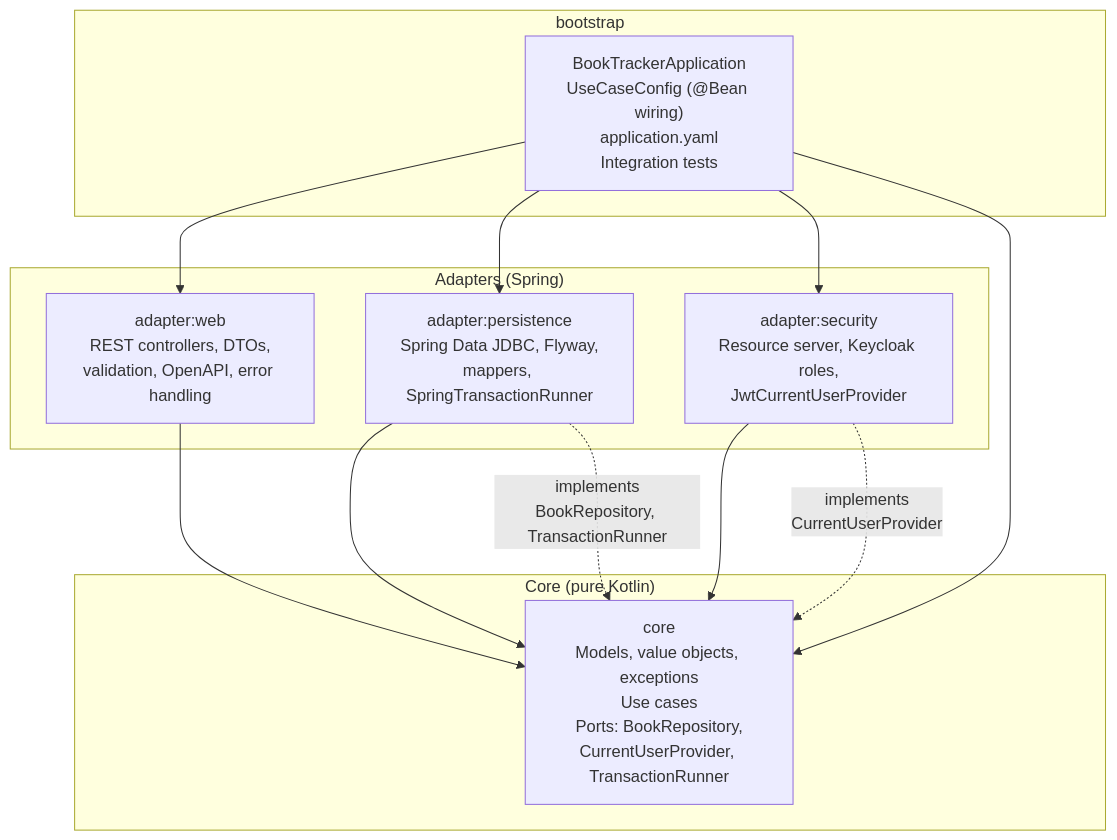
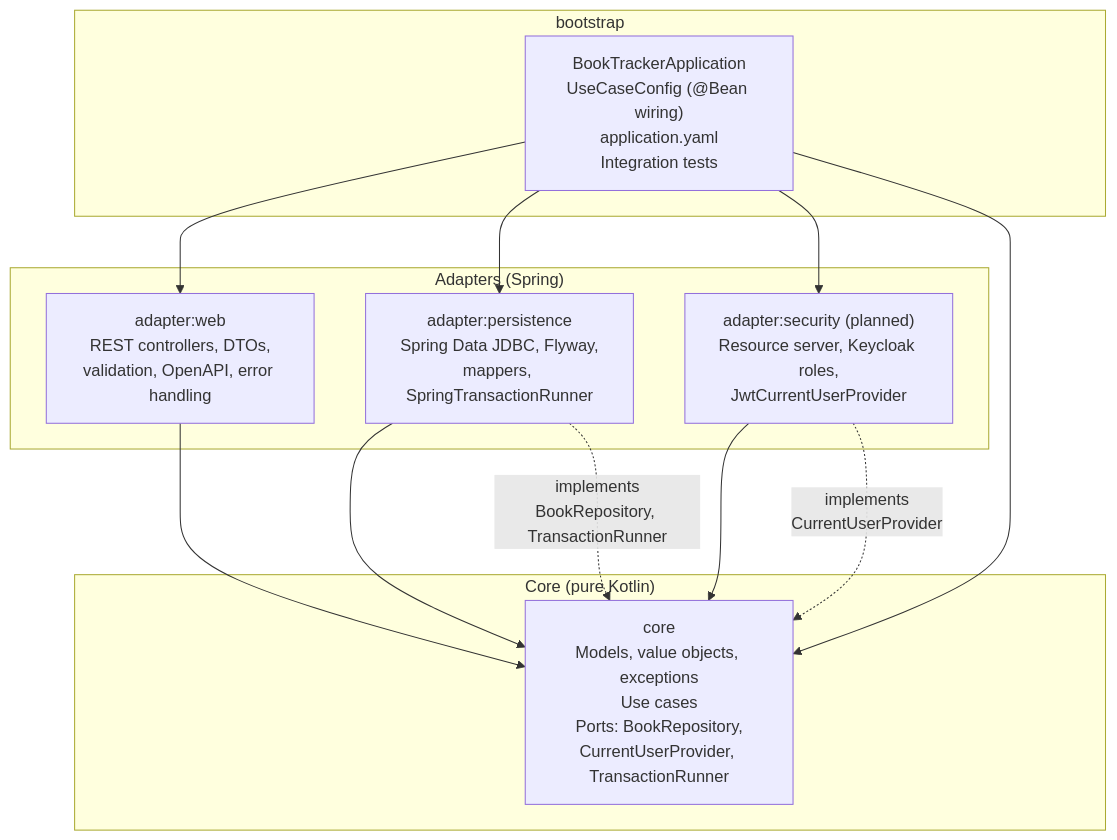
One commit to AnSrwn/BookTracker changed the second of 3 diagrams in backend/docs/architecture.md. Above: the diagram before and after it, drawn with Mermaid. The commit also changed other lines of this file, not shown here.

````diff
--- a/backend/docs/architecture.md
+++ b/backend/docs/architecture.md
@@ -54,28 +54,28 @@
 ```mermaid
 flowchart TB
     subgraph boot["bootstrap"]
         bootApp["BookTrackerApplication<br/>UseCaseConfig (@Bean wiring)<br/>application.yaml<br/>Integration tests"]
     end
 
     subgraph adapters["Adapters (Spring)"]
         web["adapter:web<br/>REST controllers, DTOs,<br/>validation, OpenAPI, error handling"]
         persistence["adapter:persistence<br/>Spring Data JDBC, Flyway,<br/>mappers, SpringTransactionRunner"]
-        security["adapter:security<br/>Resource server, Keycloak roles,<br/>JwtCurrentUserProvider"]
+        security["adapter:security (planned)<br/>Resource server, Keycloak roles,<br/>JwtCurrentUserProvider"]
     end
 
     subgraph coreLayer["Core (pure Kotlin)"]
         core["core<br/>Models, value objects, exceptions<br/>Use cases<br/>Ports: BookRepository,<br/>CurrentUserProvider, TransactionRunner"]
     end
 
     bootApp --> web
     bootApp --> persistence
     bootApp --> security
     bootApp --> core
 
     web --> core
     persistence --> core
     security --> core
 
     persistence -. "implements<br/>BookRepository, TransactionRunner" .-> core
     security -. "implements<br/>CurrentUserProvider" .-> core
 ```
````
